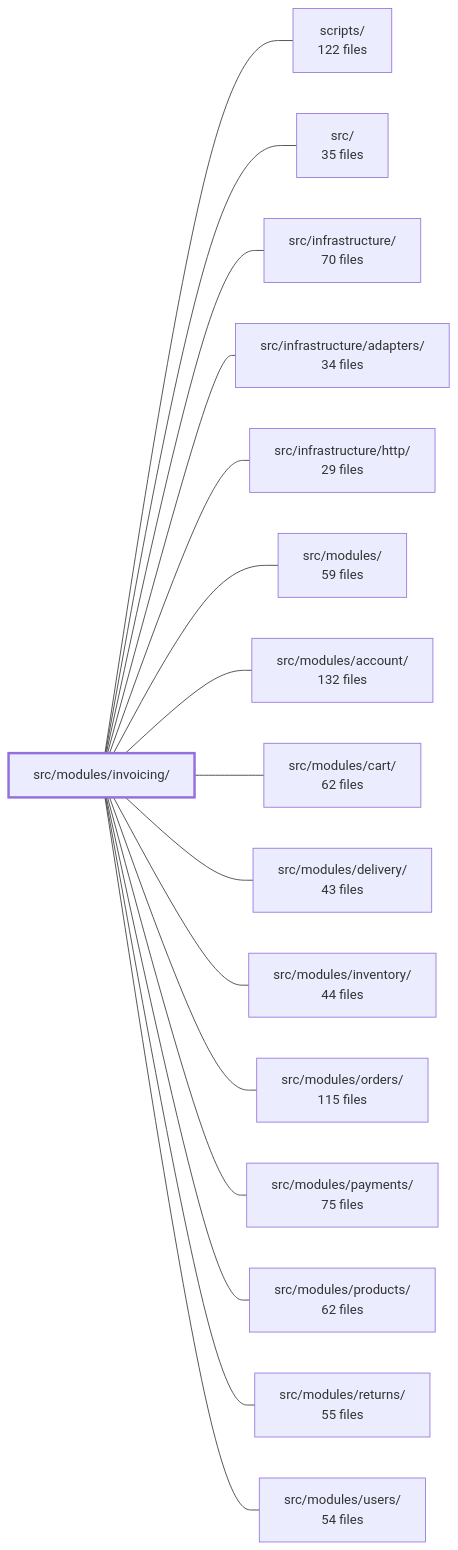
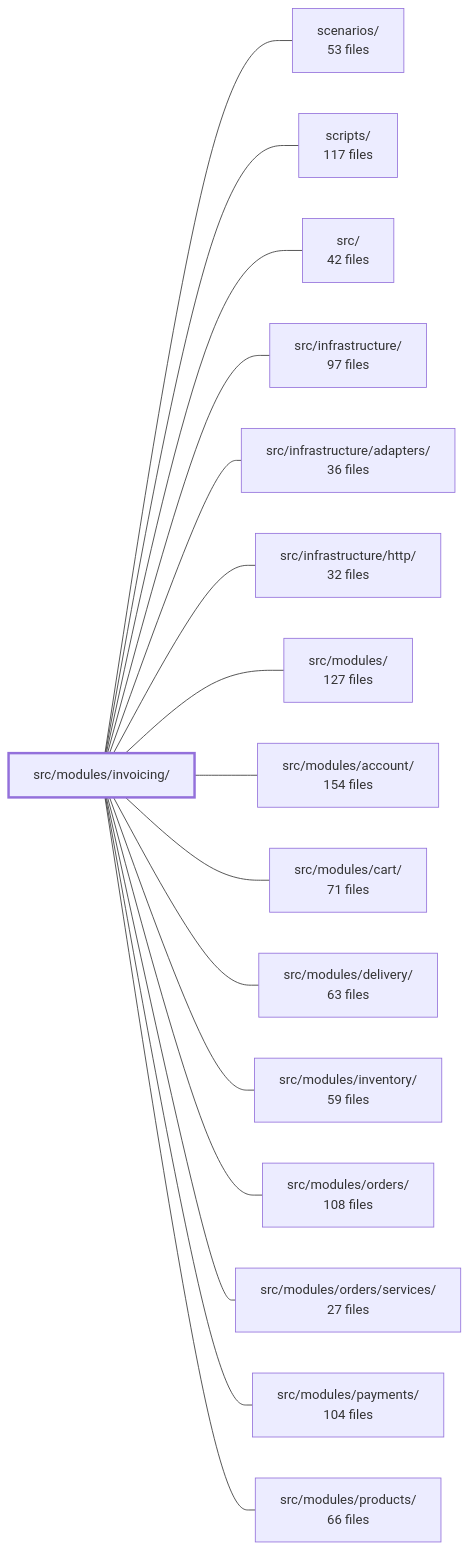
The diagram in .2brain/modules/boilerplate-node-backend_src_modules_invoicing.md (Guebbit/boilerplate-node-backend), drawn with Mermaid before and after one commit. The commit also changed other lines of this file and 1775 other files, not shown here.

````diff
--- a/.2brain/modules/boilerplate-node-backend_src_modules_invoicing.md
+++ b/.2brain/modules/boilerplate-node-backend_src_modules_invoicing.md
@@ -70,35 +44,35 @@
 ```mermaid
 flowchart LR
     m_src_modules_invoicing["src/modules/invoicing/"]
-    m_scripts["scripts/<br/>122 files"]
-    m_src["src/<br/>35 files"]
-    m_src_infrastructure["src/infrastructure/<br/>70 files"]
-    m_src_infrastructure_adapters["src/infrastructure/adapters/<br/>34 files"]
-    m_src_infrastructure_http["src/infrastructure/http/<br/>29 files"]
-    m_src_modules["src/modules/<br/>59 files"]
-    m_src_modules_account["src/modules/account/<br/>132 files"]
-    m_src_modules_cart["src/modules/cart/<br/>62 files"]
-    m_src_modules_delivery["src/modules/delivery/<br/>43 files"]
-    m_src_modules_inventory["src/modules/inventory/<br/>44 files"]
-    m_src_modules_orders["src/modules/orders/<br/>115 files"]
-    m_src_modules_payments["src/modules/payments/<br/>75 files"]
-    m_src_modules_products["src/modules/products/<br/>62 files"]
-    m_src_modules_returns["src/modules/returns/<br/>55 files"]
-    m_src_modules_users["src/modules/users/<br/>54 files"]
+    m_scenarios["scenarios/<br/>53 files"]
+    m_scripts["scripts/<br/>117 files"]
+    m_src["src/<br/>42 files"]
+    m_src_infrastructure["src/infrastructure/<br/>97 files"]
+    m_src_infrastructure_adapters["src/infrastructure/adapters/<br/>36 files"]
+    m_src_infrastructure_http["src/infrastructure/http/<br/>32 files"]
+    m_src_modules["src/modules/<br/>127 files"]
+    m_src_modules_account["src/modules/account/<br/>154 files"]
+    m_src_modules_cart["src/modules/cart/<br/>71 files"]
+    m_src_modules_delivery["src/modules/delivery/<br/>63 files"]
+    m_src_modules_inventory["src/modules/inventory/<br/>59 files"]
+    m_src_modules_orders["src/modules/orders/<br/>108 files"]
+    m_src_modules_orders_services["src/modules/orders/services/<br/>27 files"]
+    m_src_modules_payments["src/modules/payments/<br/>104 files"]
+    m_src_modules_products["src/modules/products/<br/>66 files"]
+    m_src_modules_invoicing --- m_scenarios
     m_src_modules_invoicing --- m_scripts
     m_src_modules_invoicing --- m_src
     m_src_modules_invoicing --- m_src_infrastructure
     m_src_modules_invoicing --- m_src_infrastructure_adapters
     m_src_modules_invoicing --- m_src_infrastructure_http
     m_src_modules_invoicing --- m_src_modules
     m_src_modules_invoicing --- m_src_modules_account
     m_src_modules_invoicing --- m_src_modules_cart
     m_src_modules_invoicing --- m_src_modules_delivery
     m_src_modules_invoicing --- m_src_modules_inventory
     m_src_modules_invoicing --- m_src_modules_orders
+    m_src_modules_invoicing --- m_src_modules_orders_services
     m_src_modules_invoicing --- m_src_modules_payments
     m_src_modules_invoicing --- m_src_modules_products
-    m_src_modules_invoicing --- m_src_modules_returns
-    m_src_modules_invoicing --- m_src_modules_users
     style m_src_modules_invoicing stroke-width:3px
 ```
````
